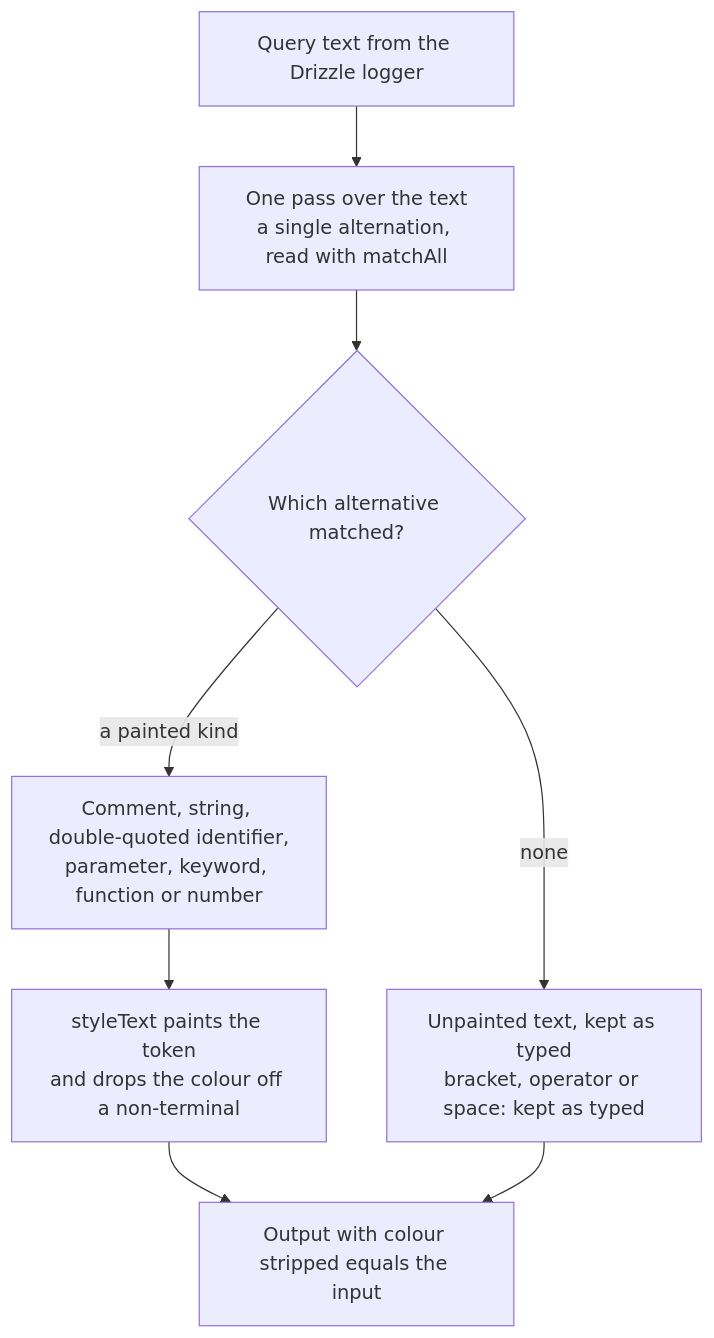
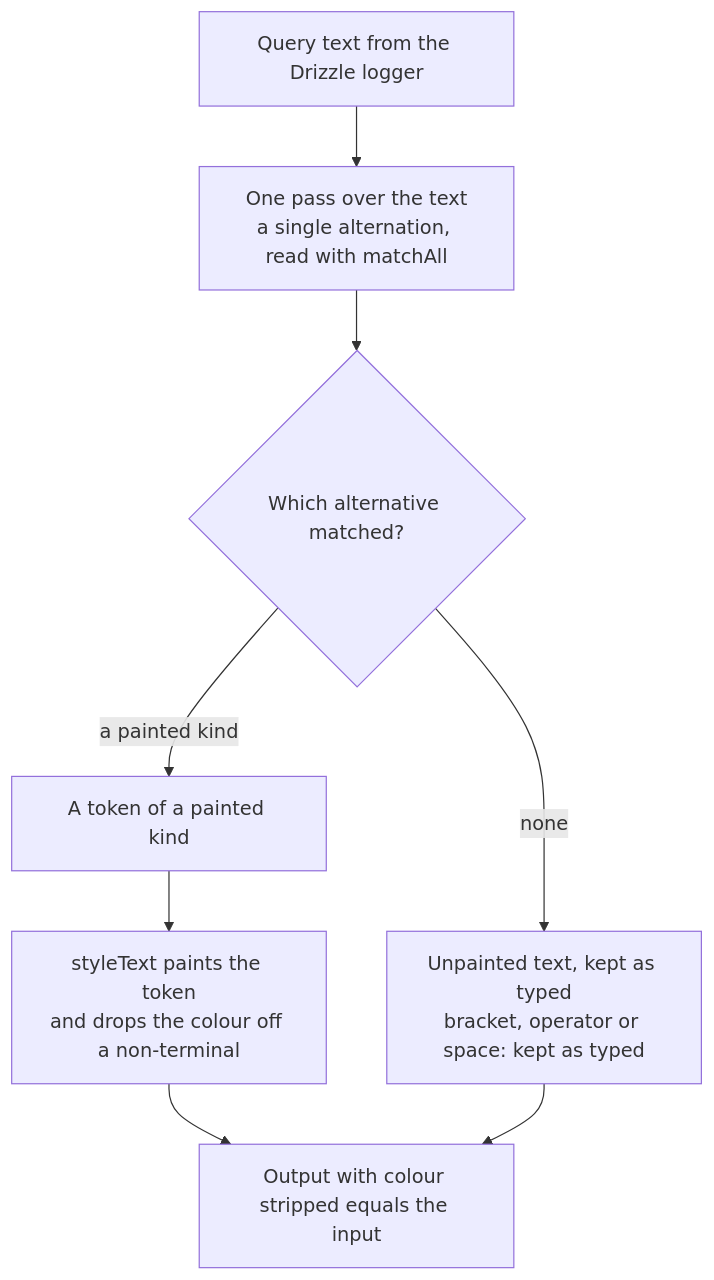
Before and after one commit to Esposter/Esposter: the diagram in openspec/specs/architecture/sql-highlight/design.md, drawn with Mermaid.

Commit message:
docs(architecture): reduce the painted label in sql-highlight to a name
The label for a painted token was missed in the ninth sitting's edit, because its line break did not match. It now reads as a name, with the kinds in the Token kind table below.

Ledger: docs/content | `openspec/specs/architecture` — `serialization`, `server-testing`, `simplest-reader`, `singleton-dialogs`, `spec-changes`, `sql-highlight`, `static-assets`, `test-harness-workarounds`, `third-party-document-adapters`, `ui-library`

````diff
--- a/openspec/specs/architecture/sql-highlight/design.md
+++ b/openspec/specs/architecture/sql-highlight/design.md
@@ -7,13 +7,13 @@
 ```mermaid
 flowchart TD
   input["Query text from the Drizzle logger"]
   scan["One pass over the text<br/>a single alternation, read with matchAll"]
   token{"Which alternative matched?"}
-  painted["Comment, string, double-quoted identifier,<br/>parameter, keyword, function or number"]
+  painted["A token of a painted kind"]
   plain["Unpainted text, kept as typed<br/>bracket, operator or space: kept as typed"]
   styled["styleText paints the token<br/>and drops the colour off a non-terminal"]
   output["Output with colour stripped equals the input"]
   input --> scan --> token
   token -->|a painted kind| painted --> styled --> output
   token -->|none| plain --> output
 ```
````
